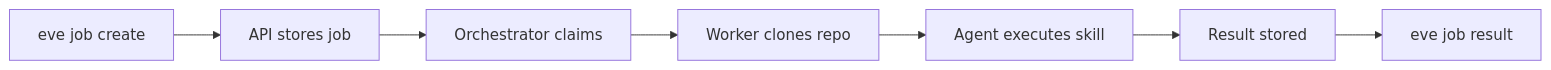
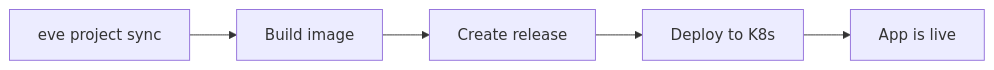
One commit to eve-horizon/eve-horizon-docs changed the diagram in website/docs/get-started/quickstart.md. Above: the diagram before and after it, drawn with Mermaid. The commit also changed other lines of this file and 6 other files, not shown here.

````diff
--- a/website/docs/get-started/quickstart.md
+++ b/website/docs/get-started/quickstart.md
@@ -158,9 +227,7 @@
 ```mermaid
 graph LR
-    A["eve job create"] --> B["API stores job"]
-    B --> C["Orchestrator claims"]
-    C --> D["Worker clones repo"]
-    D --> E["Agent executes skill"]
-    E --> F["Result stored"]
-    F --> G["eve job result"]
+  Sync["eve project sync"] --> Build["Build image"]
+  Build --> Release["Create release"]
+  Release --> Deploy["Deploy to K8s"]
+  Deploy --> Live["App is live"]
 ```
````
